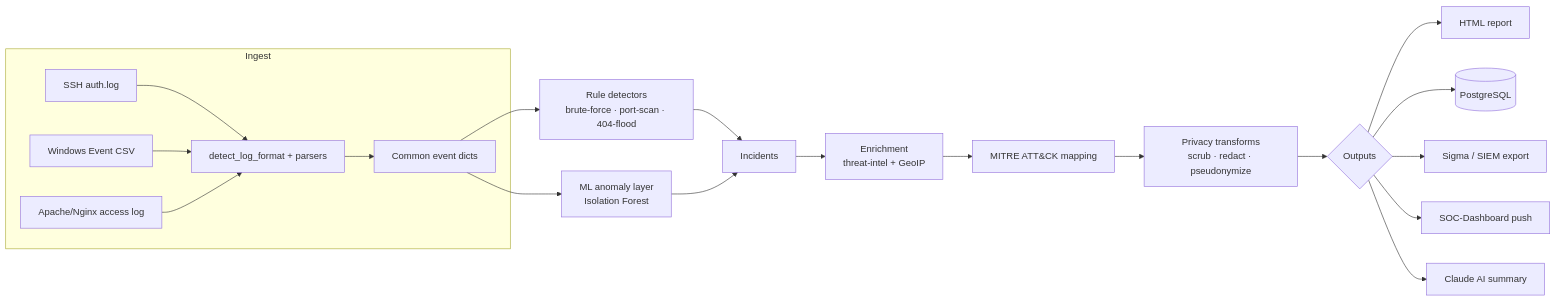
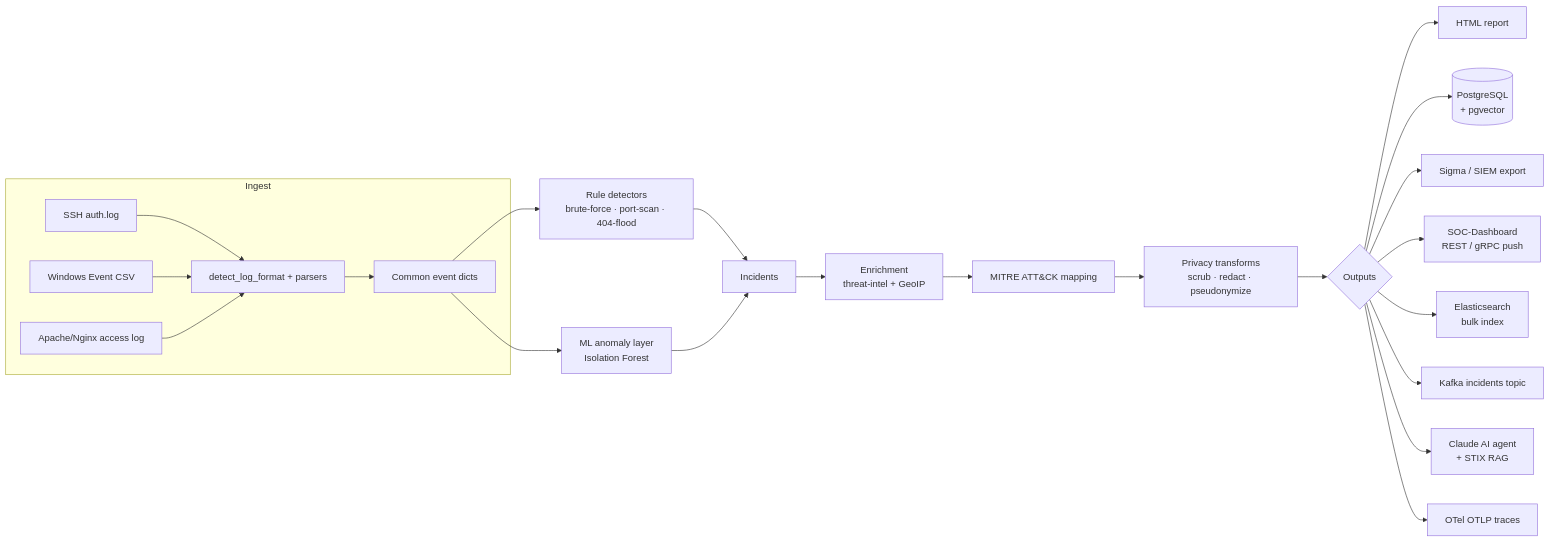
The diagram in README.md (Romil2112/log-analyzer), drawn with Mermaid before and after one commit. The commit also changed other lines of this file, not shown here.

First line of the commit message:
Update README: 361 tests, add missing CLI flags and env vars, update diagram

````diff
--- a/README.md
+++ b/README.md
@@ -150,22 +168,25 @@
 ```mermaid
 flowchart LR
     subgraph Ingest
         A[SSH auth.log] --> P
         B[Windows Event CSV] --> P
         C[Apache/Nginx access log] --> P
         P[detect_log_format + parsers] --> E[Common event dicts]
     end
     E --> R[Rule detectors<br/>brute-force · port-scan · 404-flood]
     E --> M[ML anomaly layer<br/>Isolation Forest]
     R --> I[Incidents]
     M --> I
     I --> EN[Enrichment<br/>threat-intel + GeoIP]
     EN --> MI[MITRE ATT&CK mapping]
     MI --> PR[Privacy transforms<br/>scrub · redact · pseudonymize]
     PR --> OUT{Outputs}
     OUT --> H[HTML report]
-    OUT --> DB[(PostgreSQL)]
+    OUT --> DB[(PostgreSQL<br/>+ pgvector)]
     OUT --> SG[Sigma / SIEM export]
-    OUT --> SOC[SOC-Dashboard push]
-    OUT --> AI[Claude AI summary]
+    OUT --> SOC[SOC-Dashboard<br/>REST / gRPC push]
+    OUT --> ES[Elasticsearch<br/>bulk index]
+    OUT --> KAF[Kafka incidents topic]
+    OUT --> AI[Claude AI agent<br/>+ STIX RAG]
+    OUT --> OTL[OTel OTLP traces]
 ```
````
